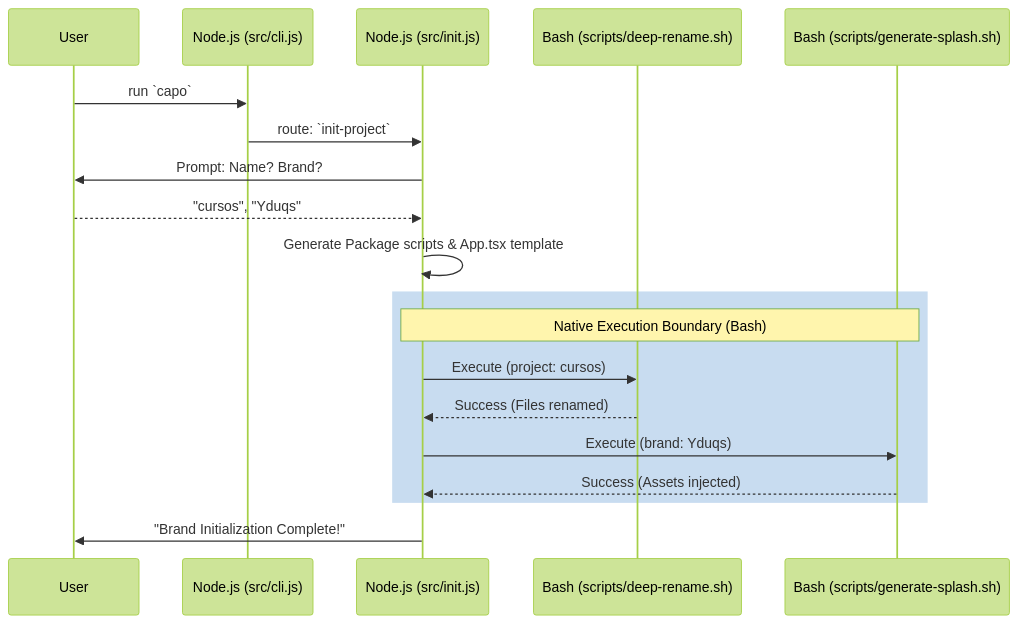
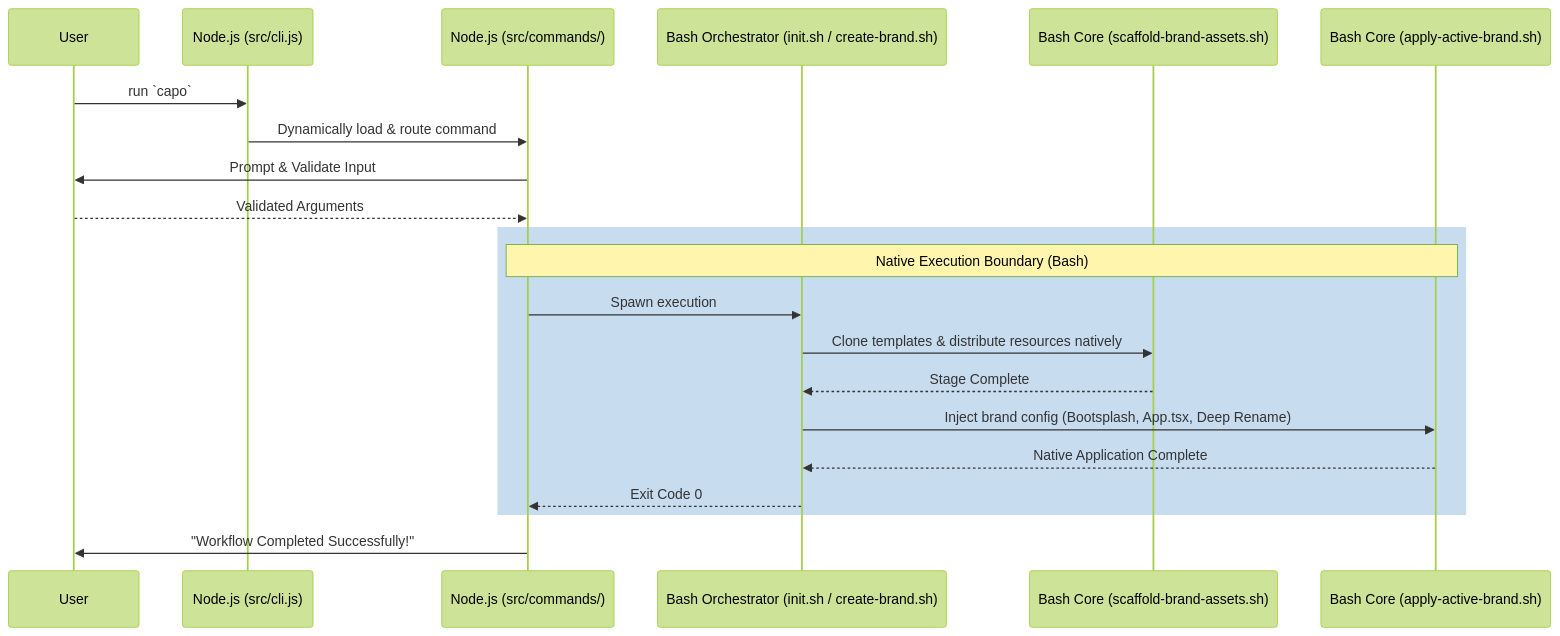
Before and after one commit to rob-prado/capo-cli: the diagram in docs/workflows.md, drawn with Mermaid (forest theme). The commit also changed other lines of this file and 2 other files, not shown here.

Commit message:
docs: update architecture docs to reflect new bash core modules and command loader

````diff
--- a/docs/workflows.md
+++ b/docs/workflows.md
@@ -9,24 +9,29 @@
 ```mermaid
 sequenceDiagram
     participant User
     participant CLI as Node.js (src/cli.js)
-    participant Init as Node.js (src/init.js)
-    participant DeepRename as Bash (scripts/deep-rename.sh)
-    participant SplashGen as Bash (scripts/generate-splash.sh)
+    participant Command as Node.js (src/commands/)
+    participant Orchestrator as Bash Orchestrator (init.sh / create-brand.sh)
+    participant ScaffoldAssets as Bash Core (scaffold-brand-assets.sh)
+    participant ApplyBrand as Bash Core (apply-active-brand.sh)
     
     User->>CLI: run `capo`
-    CLI->>Init: route: `init-project`
-    Init->>User: Prompt: Name? Brand?
-    User-->>Init: "cursos", "Yduqs"
-    Init->>Init: Generate Package scripts & App.tsx template
+    CLI->>Command: Dynamically load & route command
+    Command->>User: Prompt & Validate Input
+    User-->>Command: Validated Arguments
     
     rect rgb(200, 220, 240)
-    Note over Init, SplashGen: Native Execution Boundary (Bash)
-    Init->>DeepRename: Execute (project: cursos)
-    DeepRename-->>Init: Success (Files renamed)
-    Init->>SplashGen: Execute (brand: Yduqs)
-    SplashGen-->>Init: Success (Assets injected)
+    Note over Command, ApplyBrand: Native Execution Boundary (Bash)
+    Command->>Orchestrator: Spawn execution
+    
+    Orchestrator->>ScaffoldAssets: Clone templates & distribute resources natively
+    ScaffoldAssets-->>Orchestrator: Stage Complete
+    
+    Orchestrator->>ApplyBrand: Inject brand config (Bootsplash, App.tsx, Deep Rename)
+    ApplyBrand-->>Orchestrator: Native Application Complete
+    
+    Orchestrator-->>Command: Exit Code 0
     end
     
-    Init->>User: "Brand Initialization Complete!"
+    Command->>User: "Workflow Completed Successfully!"
 ```
````
